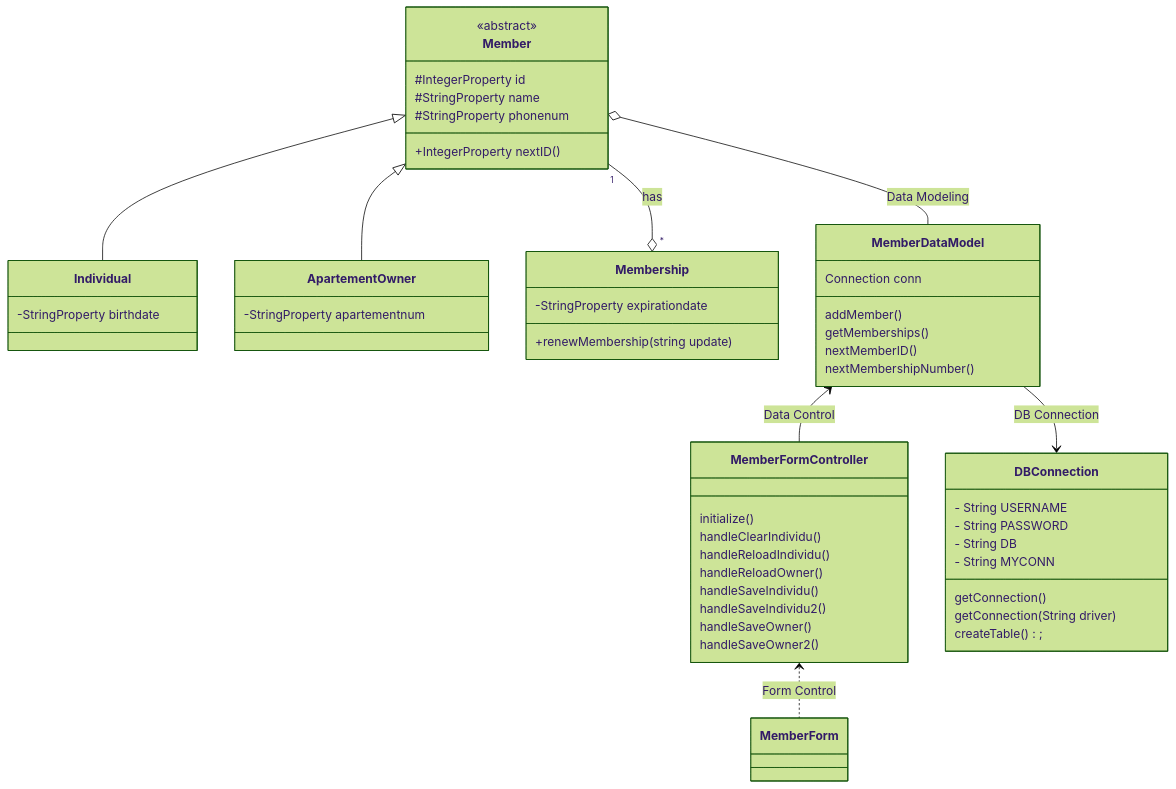
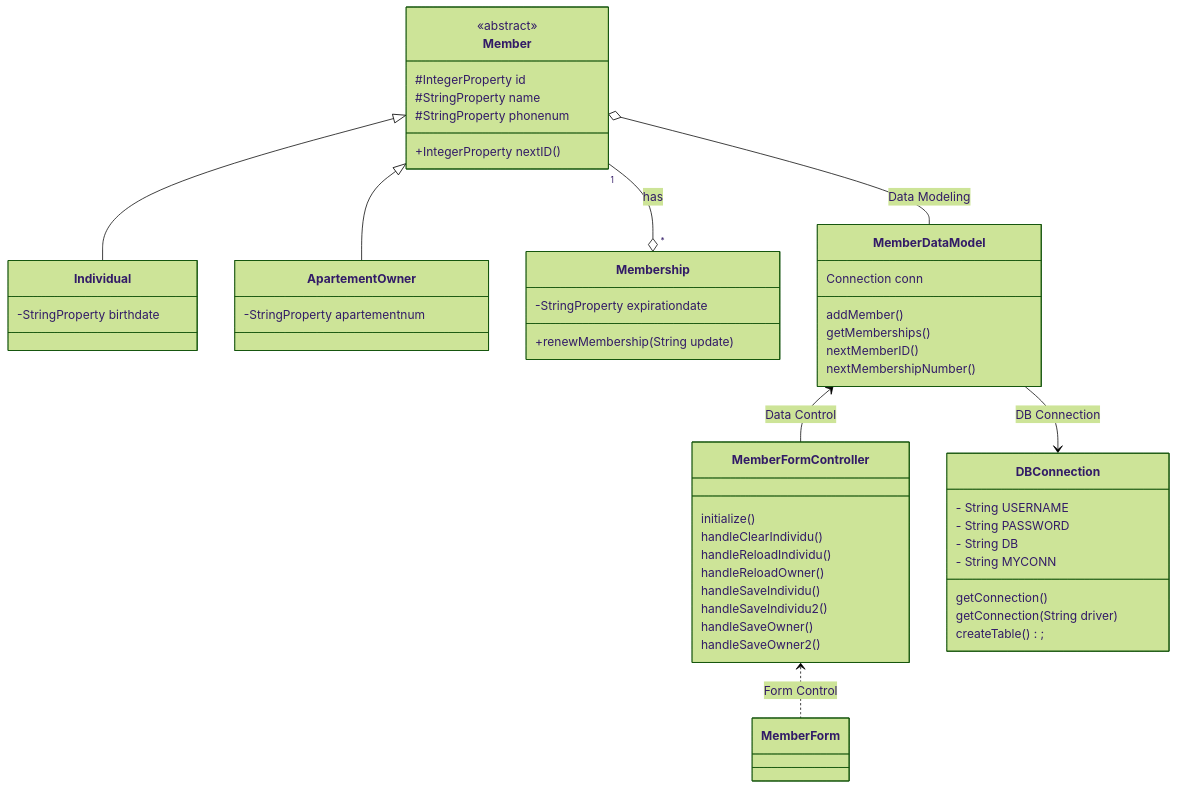
One commit to deana00/MemberAccountApp changed the third of 3 diagrams in README.md. Above: the diagram before and after it, drawn with Mermaid (forest theme). The commit also changed other lines of this file, not shown here.

````diff
--- a/README.md
+++ b/README.md
@@ -48,60 +48,60 @@
 ```mermaid
 classDiagram
     Member <|-- Individual
     Member <|-- ApartementOwner
     Member "1"--o"*" Membership : has
     Member o-- MemberDataModel : Data Modeling
     MemberDataModel <-- MemberFormController : Data Control
     MemberDataModel --> DBConnection : DB Connection
     MemberFormController <.. MemberForm : Form Control      
 
     class Member{
       <<abstract>>
       #IntegerProperty id
       #StringProperty name
       #StringProperty phonenum
       
       +IntegerProperty nextID()
     }
     
     class Individual{
       -StringProperty birthdate
     }
     class ApartementOwner{
       -StringProperty apartementnum
     }
     class Membership{
       -StringProperty expirationdate
-      +renewMembership(string update)
+      +renewMembership(String update)
     }
 
     class MemberDataModel{
         Connection conn
         addMember()
         getMemberships()
         nextMemberID()
         nextMembershipNumber()
     }
 
     class MemberFormController{
         initialize()
         handleClearIndividu()
         handleReloadIndividu()
         handleReloadOwner()
         handleSaveIndividu()
         handleSaveIndividu2()
         handleSaveOwner()
         handleSaveOwner2()
 
     }
     class DBConnection{
         - String USERNAME
         - String PASSWORD
         - String DB
         - String MYCONN
         getConnection()
         getConnection(String driver)
         createTable();
     }
             
 ```
````
